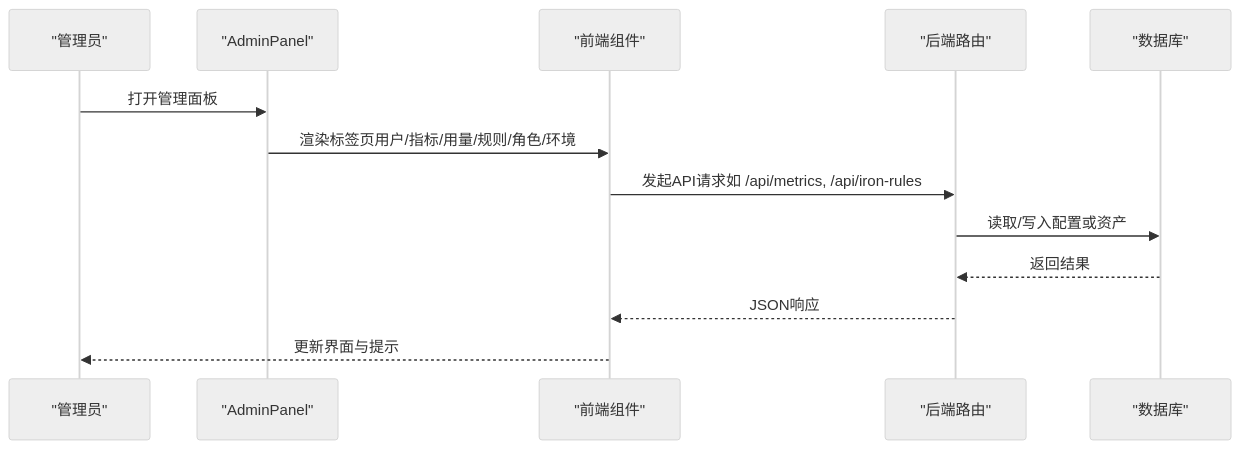
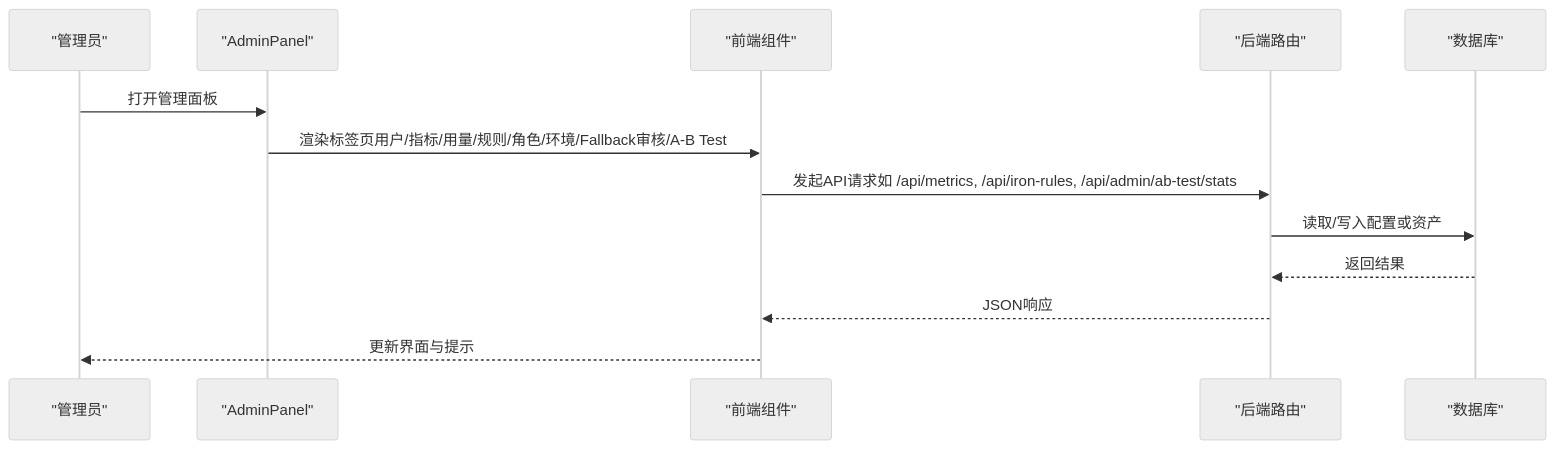
Before and after one commit to dgjin/smart-data-analytics: the second of 11 diagrams in .qoder/repowiki/zh/content/前端应用/核心组件库/管理面板组件.md, drawn with Mermaid (neutral theme). The commit also changed other lines of this file and 66 other files, not shown here.

````diff
--- a/.qoder/repowiki/zh/content/前端应用/核心组件库/管理面板组件.md
+++ b/.qoder/repowiki/zh/content/前端应用/核心组件库/管理面板组件.md
@@ -102,15 +130,15 @@
 ```mermaid
 sequenceDiagram
 participant U as "管理员"
 participant AP as "AdminPanel"
 participant FE as "前端组件"
 participant BE as "后端路由"
 participant DB as "数据库"
 U->>AP : 打开管理面板
-AP->>FE : 渲染标签页用户/指标/用量/规则/角色/环境
-FE->>BE : 发起API请求如 /api/metrics, /api/iron-rules
+AP->>FE : 渲染标签页用户/指标/用量/规则/角色/环境/Fallback审核/A-B Test
+FE->>BE : 发起API请求如 /api/metrics, /api/iron-rules, /api/admin/ab-test/stats
 BE->>DB : 读取/写入配置或资产
 DB-->>BE : 返回结果
 BE-->>FE : JSON响应
 FE-->>U : 更新界面与提示
 ```
````
